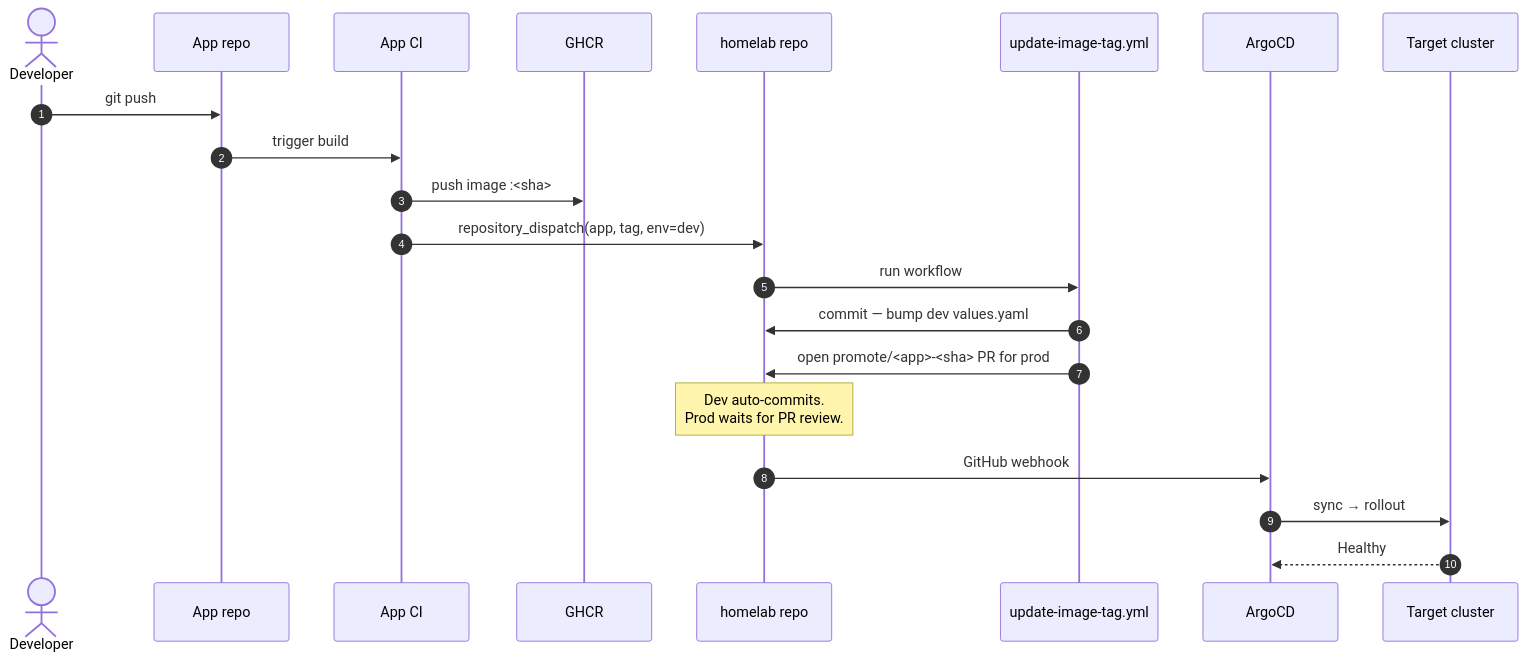
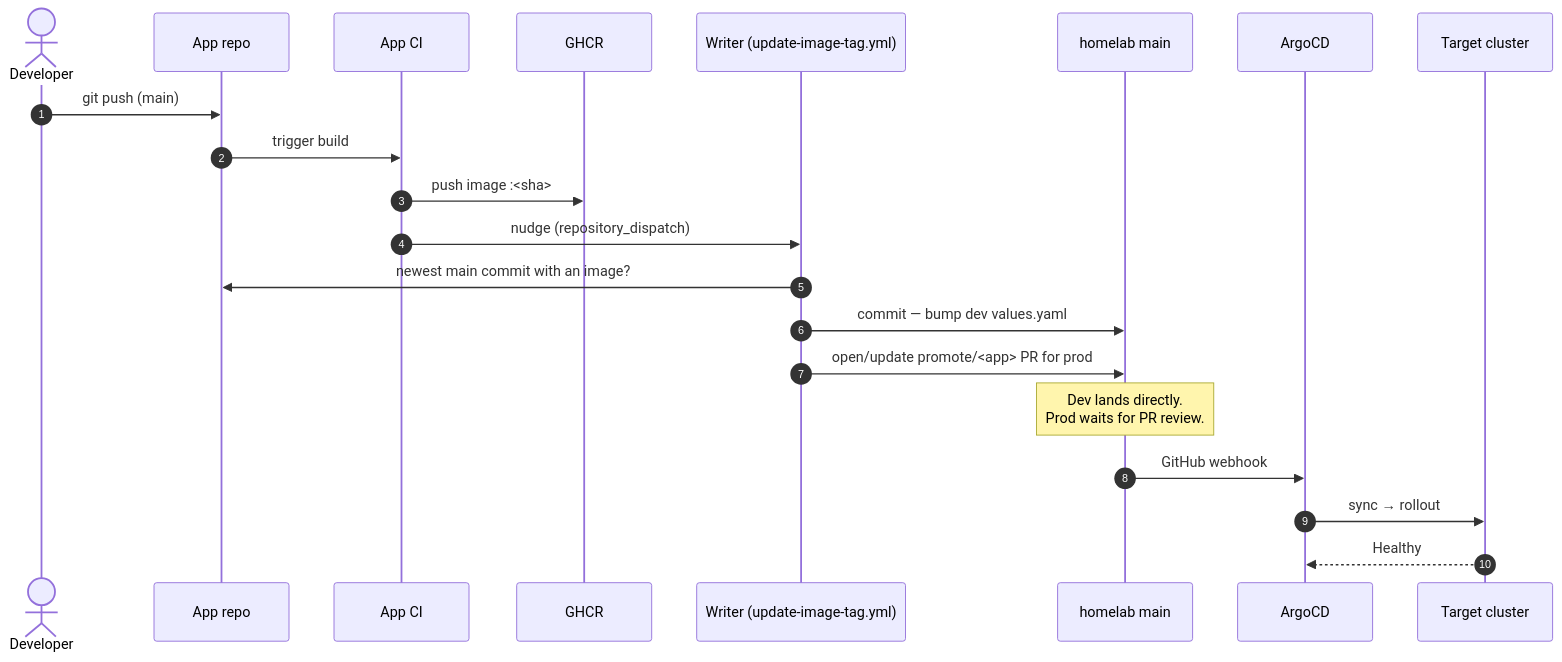
The second of 2 diagrams in README.md (TechGardenCode/homelab), drawn with Mermaid before and after one commit. The commit also changed other lines of this file and 4 other files, not shown here.

First line of the commit message:
docs: image promotion via reconciling writer and locked main (#359)

````diff
--- a/README.md
+++ b/README.md
@@ -116,24 +118,24 @@
 ```mermaid
 sequenceDiagram
   autonumber
   actor Dev as Developer
   participant AR as App repo
   participant CI as App CI
   participant GHCR
-  participant HL as homelab repo
-  participant Bot as update-image-tag.yml
+  participant W as Writer (update-image-tag.yml)
+  participant HL as homelab main
   participant Argo as ArgoCD
   participant K8s as Target cluster
 
-  Dev->>AR: git push
+  Dev->>AR: git push (main)
   AR->>CI: trigger build
   CI->>GHCR: push image :<sha>
-  CI->>HL: repository_dispatch(app, tag, env=dev)
-  HL->>Bot: run workflow
-  Bot->>HL: commit — bump dev values.yaml
-  Bot->>HL: open promote/<app>-<sha> PR for prod
-  Note over HL: Dev auto-commits.<br/>Prod waits for PR review.
+  CI->>W: nudge (repository_dispatch)
+  W->>AR: newest main commit with an image?
+  W->>HL: commit — bump dev values.yaml
+  W->>HL: open/update promote/<app> PR for prod
+  Note over HL: Dev lands directly.<br/>Prod waits for PR review.
   HL->>Argo: GitHub webhook
   Argo->>K8s: sync → rollout
   K8s-->>Argo: Healthy
 ```
````
